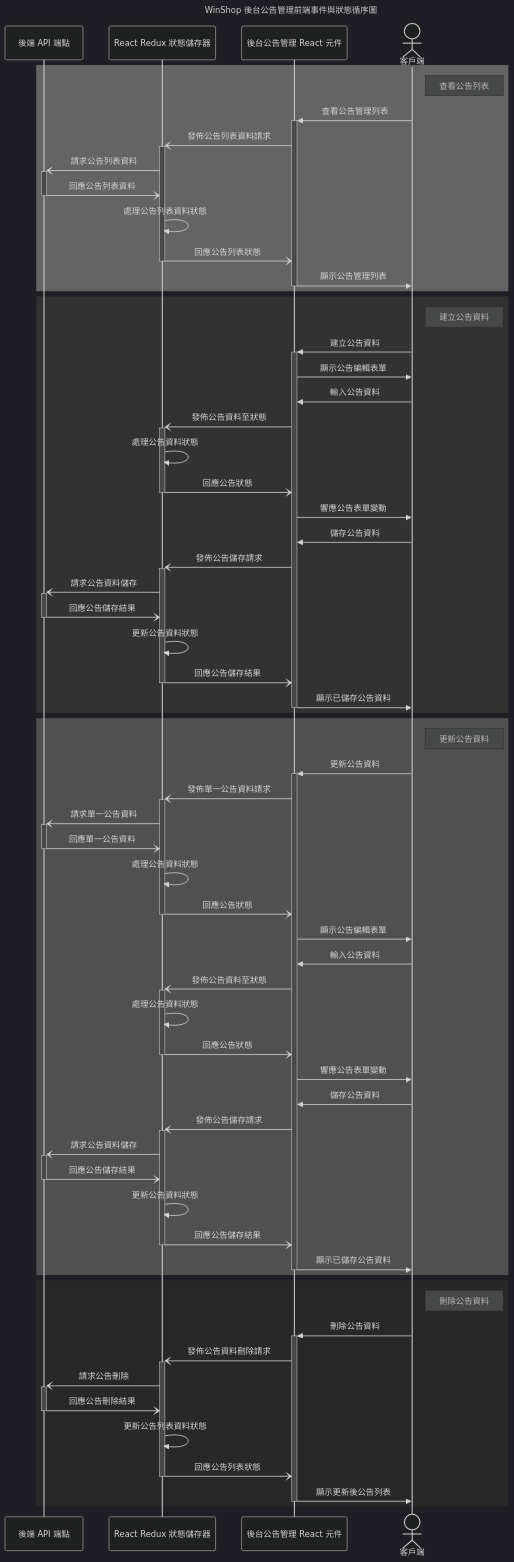
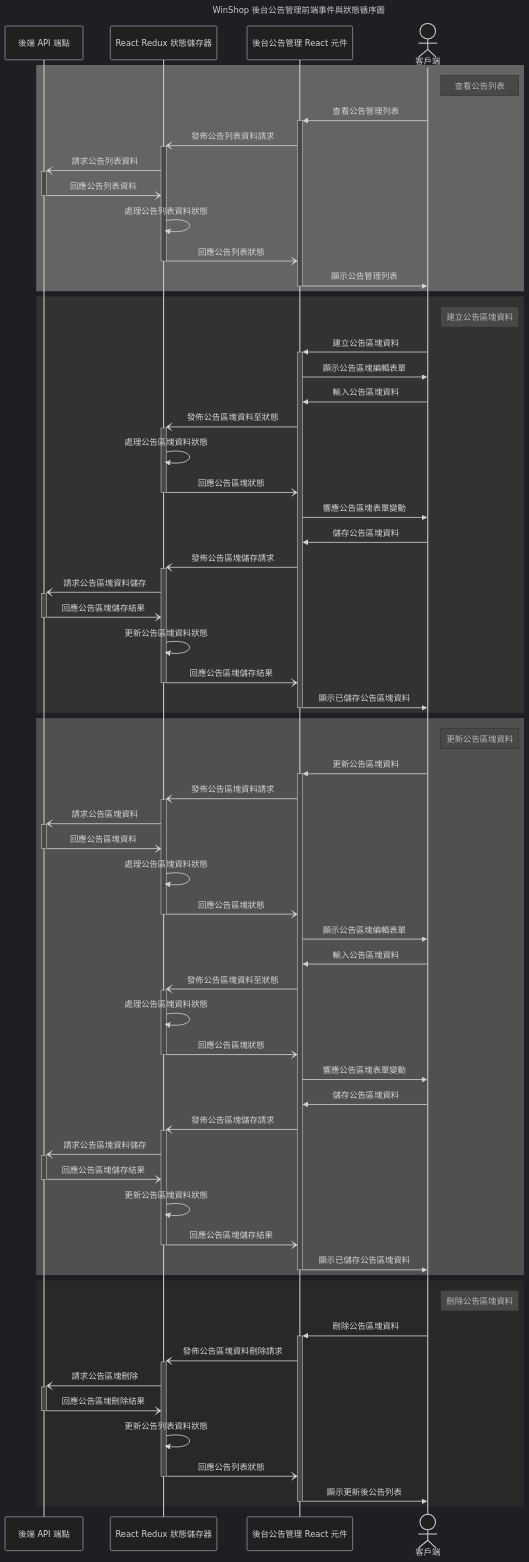
The second of 2 diagrams in qian-duan-xiang-xi-wen-jian/qian-duan-shi-jian-zhuang-tai-xun-xu-tu.md (winhogit/gitbook_backend_announcement), drawn with Mermaid before and after one commit. The commit also changed 3 other files, not shown here.

````diff
--- a/qian-duan-xiang-xi-wen-jian/qian-duan-shi-jian-zhuang-tai-xun-xu-tu.md
+++ b/qian-duan-xiang-xi-wen-jian/qian-duan-shi-jian-zhuang-tai-xun-xu-tu.md
@@ -38,72 +38,72 @@
 ```mermaid
 ---
 title: WinShop 後台公告管理前端事件與狀態循序圖
 config:
   theme: dark
   darkMode: true
 ---
 sequenceDiagram
     participant backend as 後端 API 端點
     participant redux as React Redux 狀態儲存器
     participant announcementManage as 後台公告管理 React 元件
     actor client as 客戶端
     rect rgb(100, 100, 100)
     note right of client: 查看公告列表
     client ->>+ announcementManage: 查看公告管理列表
     announcementManage -)+ redux: 發佈公告列表資料請求
     redux -)+ backend: 請求公告列表資料
     backend -)- redux: 回應公告列表資料
     redux ->> redux: 處理公告列表資料狀態
     redux -)- announcementManage: 回應公告列表狀態
     announcementManage ->>- client: 顯示公告管理列表
     end
     rect rgb(50, 50, 50)
-    note right of client: 建立公告資料
-    client ->>+ announcementManage: 建立公告資料
-    announcementManage ->> client: 顯示公告編輯表單
-    client ->> announcementManage: 輸入公告資料
-    announcementManage -)+ redux: 發佈公告資料至狀態
-    redux ->> redux: 處理公告資料狀態
-    redux -)- announcementManage: 回應公告狀態
-    announcementManage ->> client: 響應公告表單變動
-    client ->> announcementManage: 儲存公告資料
-    announcementManage -)+ redux: 發佈公告儲存請求
-    redux -)+ backend: 請求公告資料儲存
-    backend -)- redux: 回應公告儲存結果
-    redux ->> redux: 更新公告資料狀態
-    redux -)- announcementManage: 回應公告儲存結果
-    announcementManage ->>- client: 顯示已儲存公告資料
+    note right of client: 建立公告區塊資料
+    client ->>+ announcementManage: 建立公告區塊資料
+    announcementManage ->> client: 顯示公告區塊編輯表單
+    client ->> announcementManage: 輸入公告區塊資料
+    announcementManage -)+ redux: 發佈公告區塊資料至狀態
+    redux ->> redux: 處理公告區塊資料狀態
+    redux -)- announcementManage: 回應公告區塊狀態
+    announcementManage ->> client: 響應公告區塊表單變動
+    client ->> announcementManage: 儲存公告區塊資料
+    announcementManage -)+ redux: 發佈公告區塊儲存請求
+    redux -)+ backend: 請求公告區塊資料儲存
+    backend -)- redux: 回應公告區塊儲存結果
+    redux ->> redux: 更新公告區塊資料狀態
+    redux -)- announcementManage: 回應公告區塊儲存結果
+    announcementManage ->>- client: 顯示已儲存公告區塊資料
     end
     rect rgb(80, 80, 80)
-    note right of client: 更新公告資料
-    client ->>+ announcementManage: 更新公告資料
-    announcementManage -)+ redux: 發佈單一公告資料請求
-    redux -)+ backend: 請求單一公告資料
-    backend -)- redux: 回應單一公告資料
-    redux ->> redux: 處理公告資料狀態
-    redux -)- announcementManage: 回應公告狀態
-    announcementManage ->> client: 顯示公告編輯表單
-    client ->> announcementManage: 輸入公告資料
-    announcementManage -)+ redux: 發佈公告資料至狀態
-    redux ->> redux: 處理公告資料狀態
-    redux -)- announcementManage: 回應公告狀態
-    announcementManage ->> client: 響應公告表單變動
-    client ->> announcementManage: 儲存公告資料
-    announcementManage -)+ redux: 發佈公告儲存請求
-    redux -)+ backend: 請求公告資料儲存
-    backend -)- redux: 回應公告儲存結果
-    redux ->> redux: 更新公告資料狀態
-    redux -)- announcementManage: 回應公告儲存結果
-    announcementManage ->>- client: 顯示已儲存公告資料
+    note right of client: 更新公告區塊資料
+    client ->>+ announcementManage: 更新公告區塊資料
+    announcementManage -)+ redux: 發佈公告區塊資料請求
+    redux -)+ backend: 請求公告區塊資料
+    backend -)- redux: 回應公告區塊資料
+    redux ->> redux: 處理公告區塊資料狀態
+    redux -)- announcementManage: 回應公告區塊狀態
+    announcementManage ->> client: 顯示公告區塊編輯表單
+    client ->> announcementManage: 輸入公告區塊資料
+    announcementManage -)+ redux: 發佈公告區塊資料至狀態
+    redux ->> redux: 處理公告區塊資料狀態
+    redux -)- announcementManage: 回應公告區塊狀態
+    announcementManage ->> client: 響應公告區塊表單變動
+    client ->> announcementManage: 儲存公告區塊資料
+    announcementManage -)+ redux: 發佈公告區塊儲存請求
+    redux -)+ backend: 請求公告區塊資料儲存
+    backend -)- redux: 回應公告區塊儲存結果
+    redux ->> redux: 更新公告區塊資料狀態
+    redux -)- announcementManage: 回應公告區塊儲存結果
+    announcementManage ->>- client: 顯示已儲存公告區塊資料
     end
     rect rgb(40, 40, 40)
-    note right of client: 刪除公告資料
-    client ->>+ announcementManage: 刪除公告資料
-    announcementManage -)+ redux: 發佈公告資料刪除請求
-    redux -)+ backend: 請求公告刪除
-    backend -)- redux: 回應公告刪除結果
+    note right of client: 刪除公告區塊資料
+    client ->>+ announcementManage: 刪除公告區塊資料
+    announcementManage -)+ redux: 發佈公告區塊資料刪除請求
+    redux -)+ backend: 請求公告區塊刪除
+    backend -)- redux: 回應公告區塊刪除結果
     redux ->> redux: 更新公告列表資料狀態
     redux -)- announcementManage: 回應公告列表狀態
     announcementManage ->>- client: 顯示更新後公告列表
     end
 ```
````
